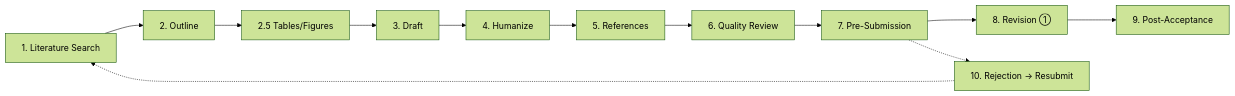
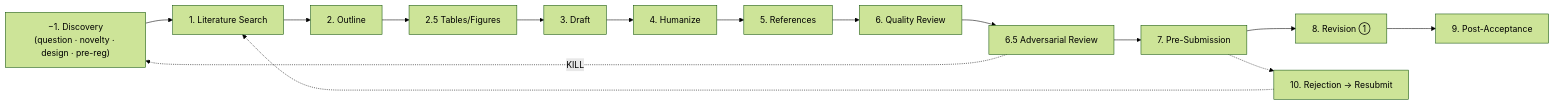
One commit to seikaikyo/dash-skills changed the first of 4 diagrams in external/paper-writer-skill/README.md. Above: the diagram before and after it, drawn with Mermaid (forest theme). The commit also changed other lines of this file and 15 other files, not shown here.

````diff
--- a/external/paper-writer-skill/README.md
+++ b/external/paper-writer-skill/README.md
@@ -11,14 +21,17 @@
 ```mermaid
 graph LR
-    P1[1. Literature Search] --> P2[2. Outline]
+    P0["−1. Discovery\n(question · novelty · design · pre-reg)"] --> P1[1. Literature Search]
+    P1 --> P2[2. Outline]
     P2 --> P25[2.5 Tables/Figures]
     P25 --> P3[3. Draft]
     P3 --> P4[4. Humanize]
     P4 --> P5[5. References]
     P5 --> P6[6. Quality Review]
-    P6 --> P7[7. Pre-Submission]
+    P6 --> P65["6.5 Adversarial Review"]
+    P65 --> P7[7. Pre-Submission]
+    P65 -.->|KILL| P0
     P7 --> P8["8. Revision ①"]
     P8 --> P9["9. Post-Acceptance"]
     P7 -.-> P10["10. Rejection → Resubmit"]
     P10 -.-> P1
 ```
````
